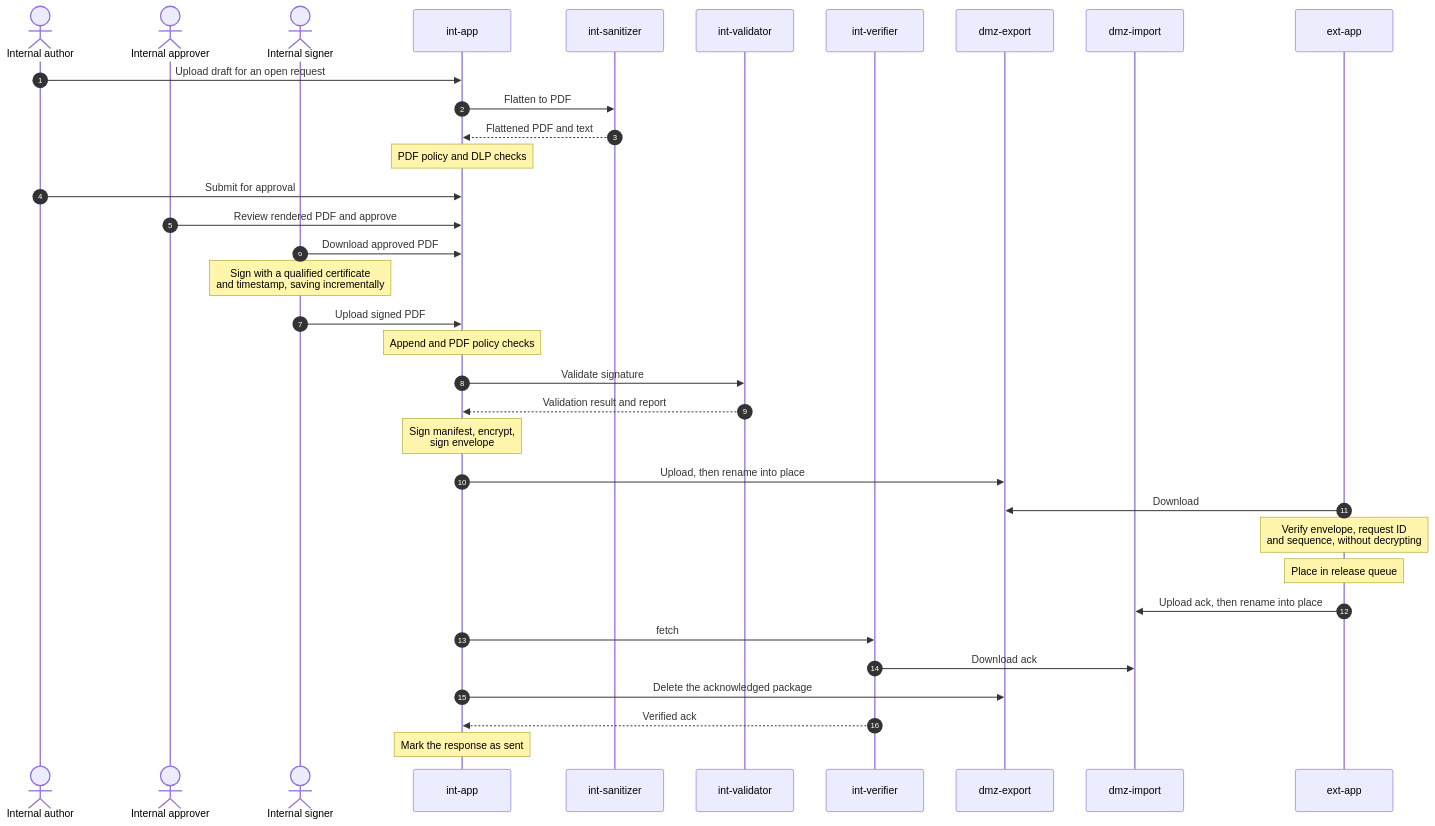
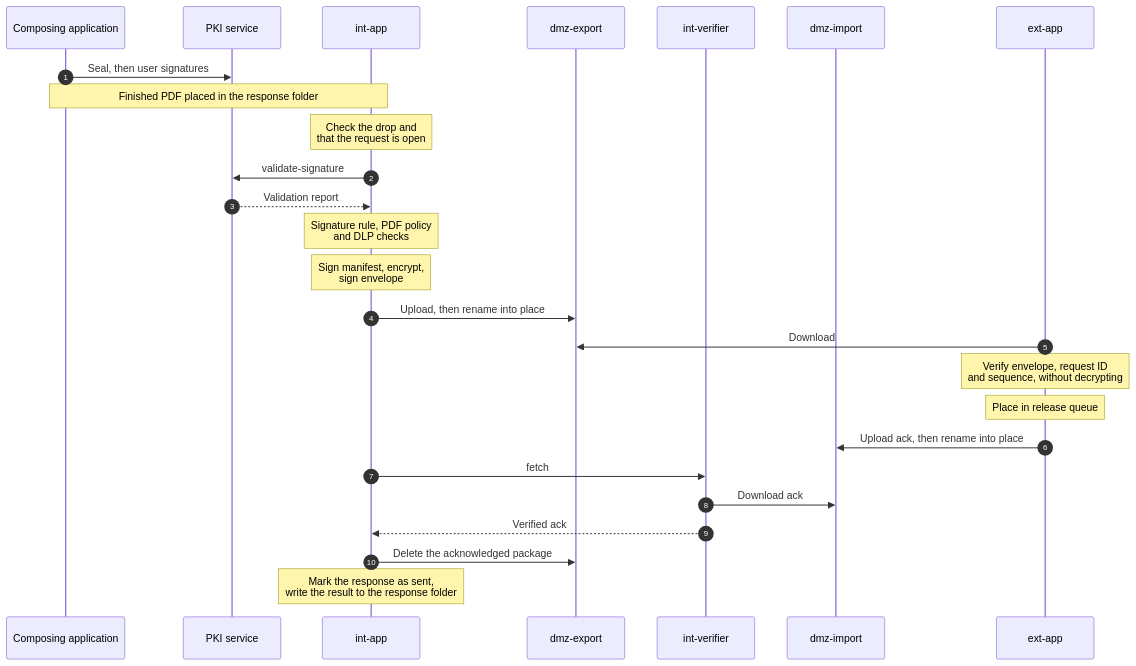
The sixth of 8 diagrams in document-exchange-mvp-technical-documentation.md (tgivslife/dxg-document-gateway), drawn with Mermaid before and after one commit. The commit also changed other lines of this file and 5 other files, not shown here.

````diff
--- a/document-exchange-mvp-technical-documentation.md
+++ b/document-exchange-mvp-technical-documentation.md
@@ -453,41 +452,32 @@
 ```mermaid
 sequenceDiagram
-    accDescr: Sequence of the response flow from author to release queue
+    accDescr: Sequence of the response flow from the composing application to the release queue
     %% Each arrow points from the side that opens the connection.
     %% Dashed arrows are replies on the same connection.
     autonumber
-    actor AU as Internal author
-    actor AP as Internal approver
-    actor SI as Internal signer
+    participant CA as Composing application
+    participant PK as PKI service
     participant IC as int-app
-    participant IS as int-sanitizer
-    participant IV as int-validator
+    participant DE as dmz-export
     participant IVF as int-verifier
-    participant DE as dmz-export
     participant DI as dmz-import
     participant EC as ext-app
 
-    AU->>IC: Upload draft for an open request
-    IC->>IS: Flatten to PDF
-    IS-->>IC: Flattened PDF and text
-    Note over IC: PDF policy and DLP checks
-    AU->>IC: Submit for approval
-    AP->>IC: Review rendered PDF and approve
-    SI->>IC: Download approved PDF
-    Note over SI: Sign with a qualified certificate<br/>and timestamp, saving incrementally
-    SI->>IC: Upload signed PDF
-    Note over IC: Append and PDF policy checks
-    IC->>IV: Validate signature
-    IV-->>IC: Validation result and report
+    CA->>PK: Seal, then user signatures
+    Note over CA,IC: Finished PDF placed in the response folder
+    Note over IC: Check the drop and<br/>that the request is open
+    IC->>PK: validate-signature
+    PK-->>IC: Validation report
+    Note over IC: Signature rule, PDF policy<br/>and DLP checks
     Note over IC: Sign manifest, encrypt,<br/>sign envelope
     IC->>DE: Upload, then rename into place
     EC->>DE: Download
     Note over EC: Verify envelope, request ID<br/>and sequence, without decrypting
     Note over EC: Place in release queue
     EC->>DI: Upload ack, then rename into place
     IC->>IVF: fetch
     IVF->>DI: Download ack
+    IVF-->>IC: Verified ack
     IC->>DE: Delete the acknowledged package
-    IVF-->>IC: Verified ack
-    Note over IC: Mark the response as sent
+    Note over IC: Mark the response as sent,<br/>write the result to the response folder
 ```
````
